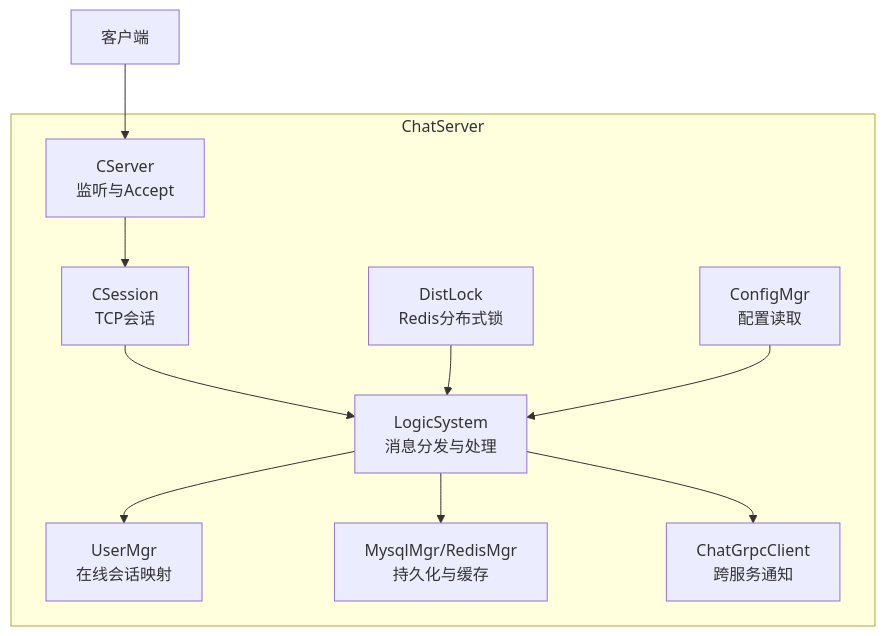
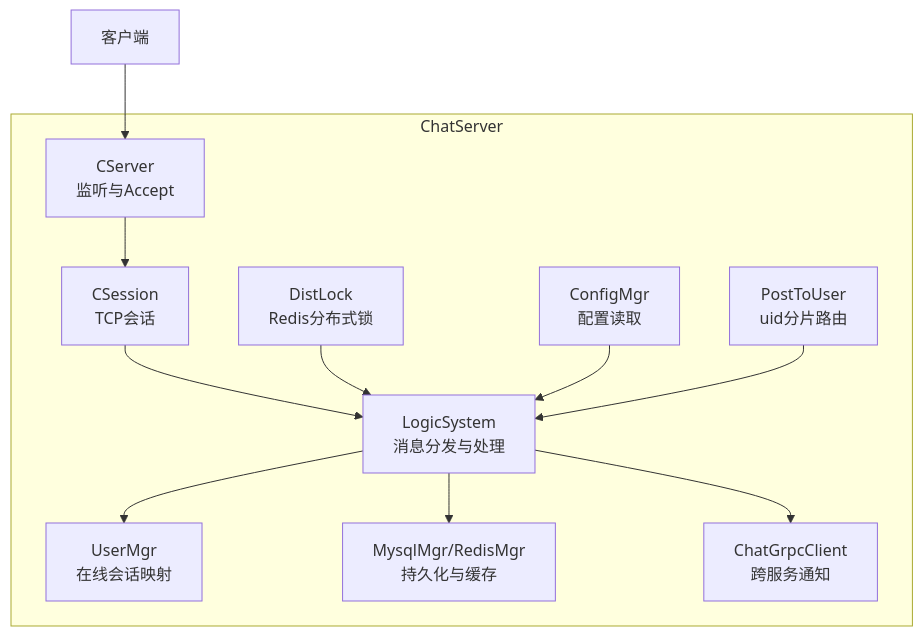
Before and after one commit to echo9923/mychatter: the first of 7 diagrams in .qoder/repowiki/zh/content/服务端开发/ChatServer聊天核心服务/ChatServer聊天核心服务.md, drawn with Mermaid. The commit also changed other lines of this file and 54 other files, not shown here.

````diff
--- a/.qoder/repowiki/zh/content/服务端开发/ChatServer聊天核心服务/ChatServer聊天核心服务.md
+++ b/.qoder/repowiki/zh/content/服务端开发/ChatServer聊天核心服务/ChatServer聊天核心服务.md
@@ -48,13 +56,14 @@
 ```mermaid
 graph TB
 subgraph "ChatServer"
 A["CServer<br/>监听与Accept"] --> B["CSession<br/>TCP会话"]
 B --> C["LogicSystem<br/>消息分发与处理"]
 C --> D["UserMgr<br/>在线会话映射"]
 C --> E["MysqlMgr/RedisMgr<br/>持久化与缓存"]
 C --> F["ChatGrpcClient<br/>跨服务通知"]
 G["DistLock<br/>Redis分布式锁"] --> C
 H["ConfigMgr<br/>配置读取"] --> C
+I["PostToUser<br/>uid分片路由"] --> C
 end
-I["客户端"] --> A
+J["客户端"] --> A
 ```
````
